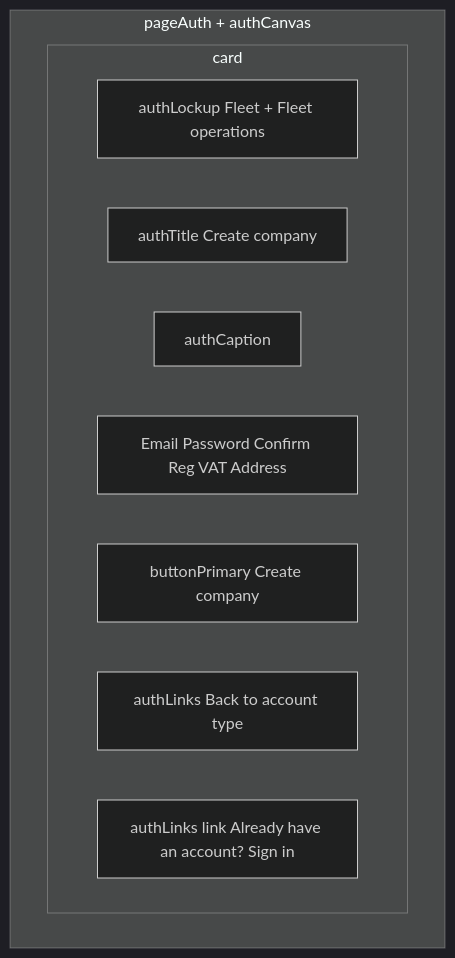
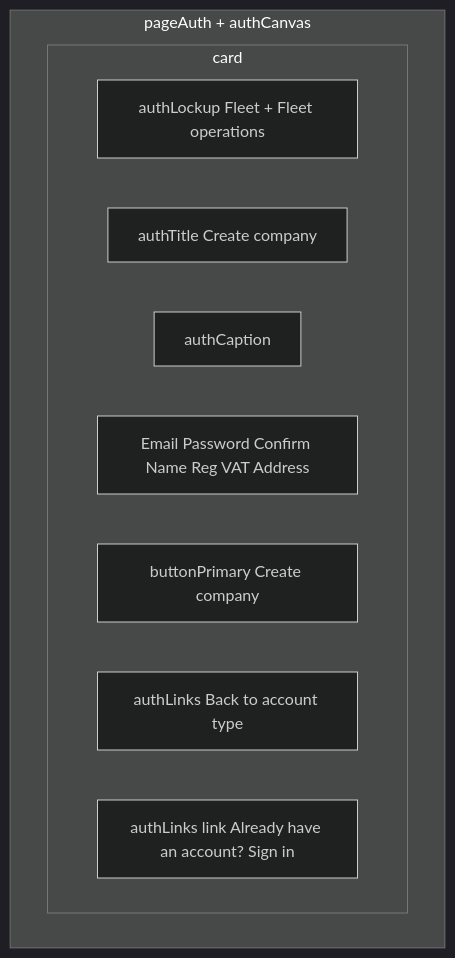
Before and after one commit to Alex61-byte/fleet-management: the diagram in design/pages/sign-up.md, drawn with Mermaid (dark theme). The commit also changed other lines of this file and 83 other files, not shown here.

````diff
--- a/design/pages/sign-up.md
+++ b/design/pages/sign-up.md
@@ -13,15 +13,15 @@
 ```mermaid
 flowchart TB
   subgraph page [pageAuth + authCanvas]
     card[authCard]
   end
   subgraph card
     lockup[authLockup Fleet + Fleet operations]
     title[authTitle Create company]
     caption[authCaption]
-    form[Email Password Confirm Reg VAT Address]
+    form[Email Password Confirm Name Reg VAT Address]
     submit[buttonPrimary Create company]
     back[authLinks Back to account type]
     alt[authLinks link Already have an account? Sign in]
   end
 ```
````
